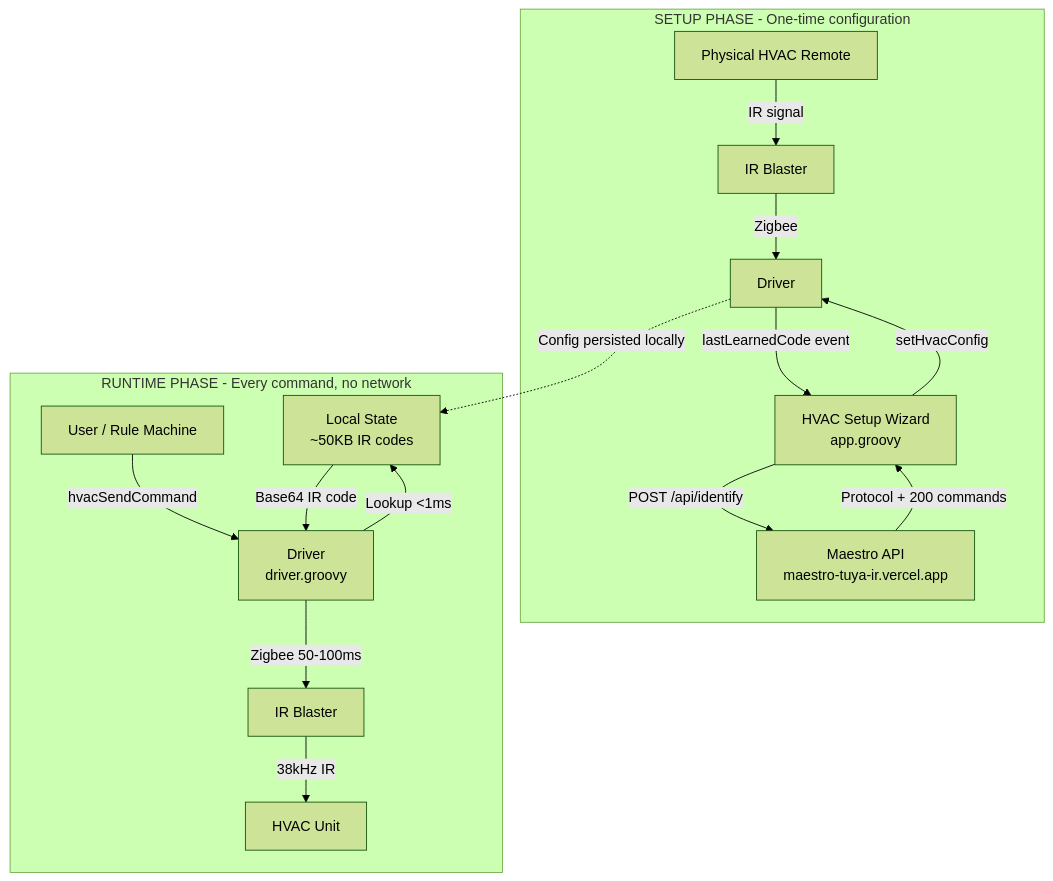
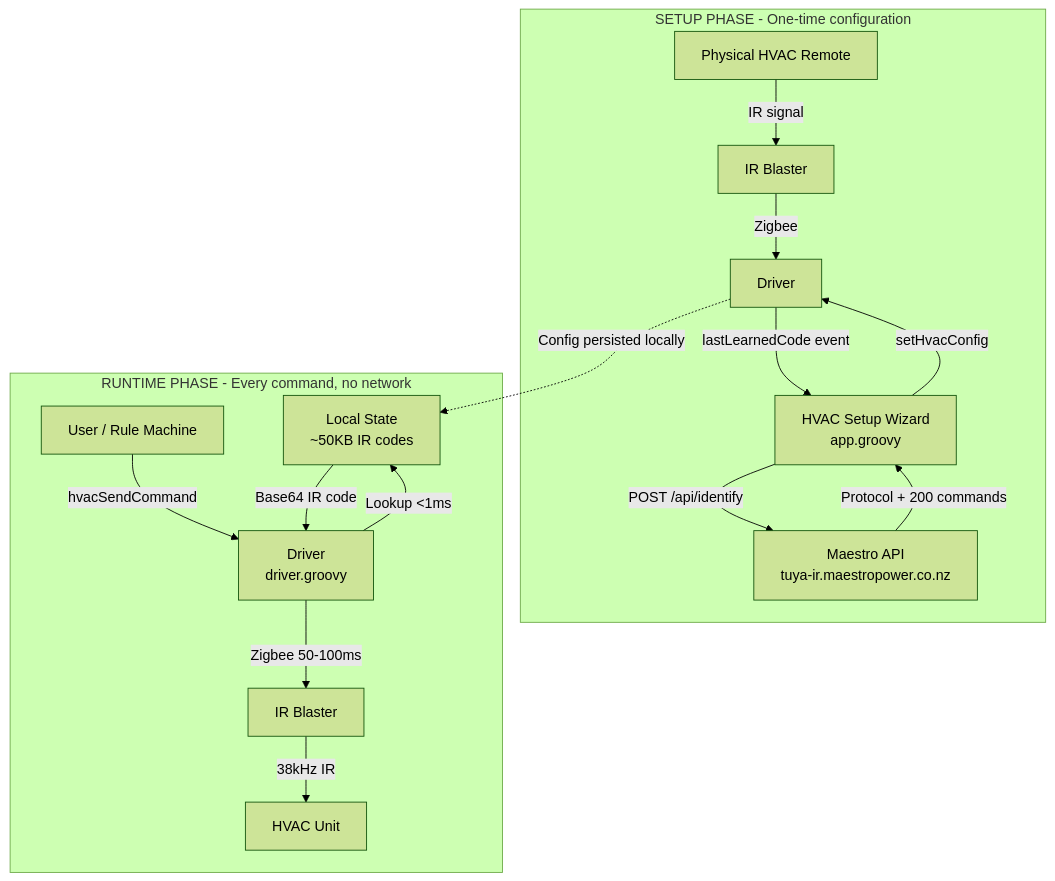
The first of 8 diagrams in ARCHITECTURE.md (lastmyle/hubitat-tuya-zigbee-ir), drawn with Mermaid (forest theme) before and after one commit. The commit also changed 3 other files, not shown here.

````diff
--- a/ARCHITECTURE.md
+++ b/ARCHITECTURE.md
@@ -7,31 +7,31 @@
 ```mermaid
 graph TB
     subgraph "SETUP PHASE - One-time configuration"
         REMOTE[Physical HVAC Remote]
         WIZARD[HVAC Setup Wizard<br/>app.groovy]
-        MAESTRO[Maestro API<br/>maestro-tuya-ir.vercel.app]
+        MAESTRO[Maestro API<br/>tuya-ir.maestropower.co.nz]
 
         REMOTE -->|IR signal| IR1[IR Blaster]
         IR1 -->|Zigbee| DRIVER1[Driver]
         DRIVER1 -->|lastLearnedCode event| WIZARD
         WIZARD -->|POST /api/identify| MAESTRO
         MAESTRO -->|Protocol + 200 commands| WIZARD
         WIZARD -->|setHvacConfig| DRIVER1
     end
 
     subgraph "RUNTIME PHASE - Every command, no network"
         USER[User / Rule Machine]
         DRIVER2[Driver<br/>driver.groovy]
         STATE[Local State<br/>~50KB IR codes]
         IR2[IR Blaster]
         HVAC[HVAC Unit]
 
         USER -->|hvacSendCommand| DRIVER2
         DRIVER2 -->|Lookup &lt;1ms| STATE
         STATE -->|Base64 IR code| DRIVER2
         DRIVER2 -->|Zigbee 50-100ms| IR2
         IR2 -->|38kHz IR| HVAC
     end
 
     DRIVER1 -.->|Config persisted locally| STATE
 ```
````
